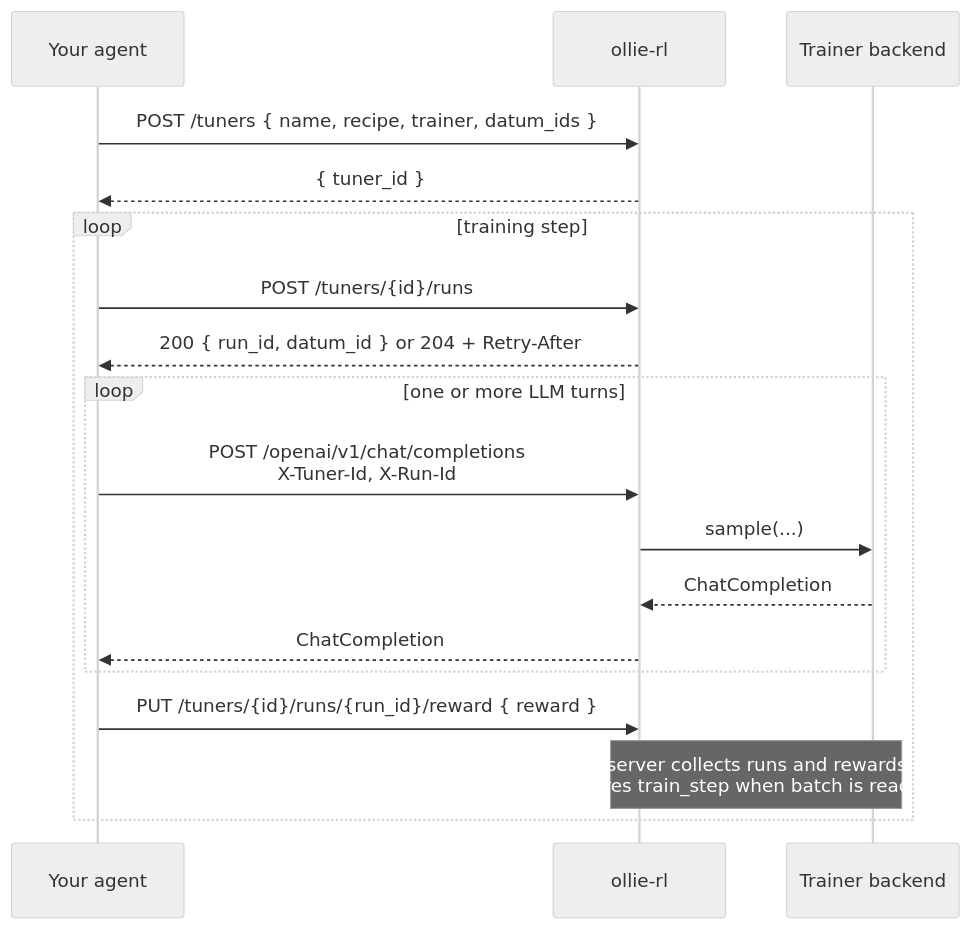
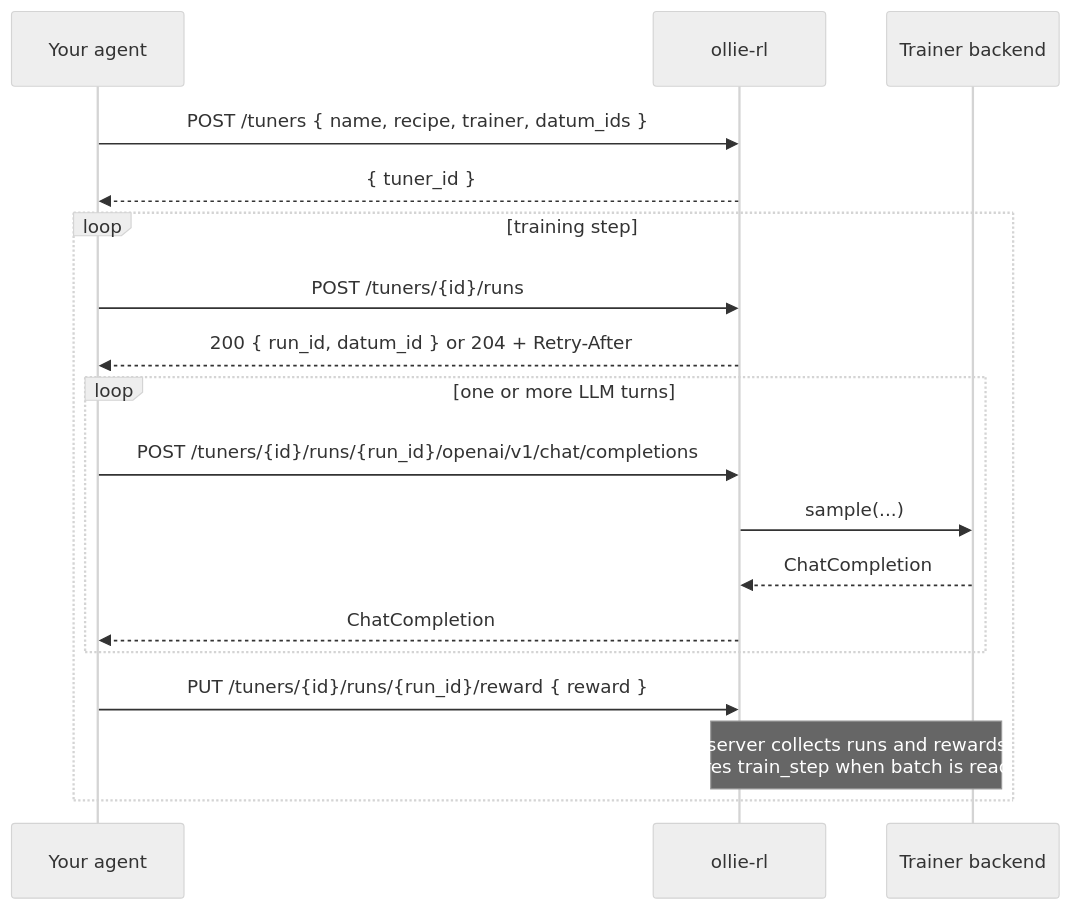
Before and after one commit to wsxiaoys/ollie-rl: the diagram in README.md, drawn with Mermaid (neutral theme). The commit also changed other lines of this file and 8 other files, not shown here.

Commit message:
fix: update API endpoints to use path-addressed structure for run assignments and completions

````diff
--- a/README.md
+++ b/README.md
@@ -103,22 +99,22 @@
 ```mermaid
 sequenceDiagram
     participant C as Your agent
     participant API as ollie-rl
     participant T as Trainer backend
 
     C->>API: POST /tuners { name, recipe, trainer, datum_ids }
     API-->>C: { tuner_id }
 
     loop training step
         C->>API: POST /tuners/{id}/runs
         API-->>C: 200 { run_id, datum_id }  or  204 + Retry-After
         loop one or more LLM turns
-            C->>API: POST /openai/v1/chat/completions<br/>X-Tuner-Id, X-Run-Id
+            C->>API: POST /tuners/{id}/runs/{run_id}/openai/v1/chat/completions
             API->>T: sample(...)
             T-->>API: ChatCompletion
             API-->>C: ChatCompletion
         end
         C->>API: PUT /tuners/{id}/runs/{run_id}/reward { reward }
         Note over API,T: server collects runs and rewards<br/>fires train_step when batch is ready
     end
 ```
````
